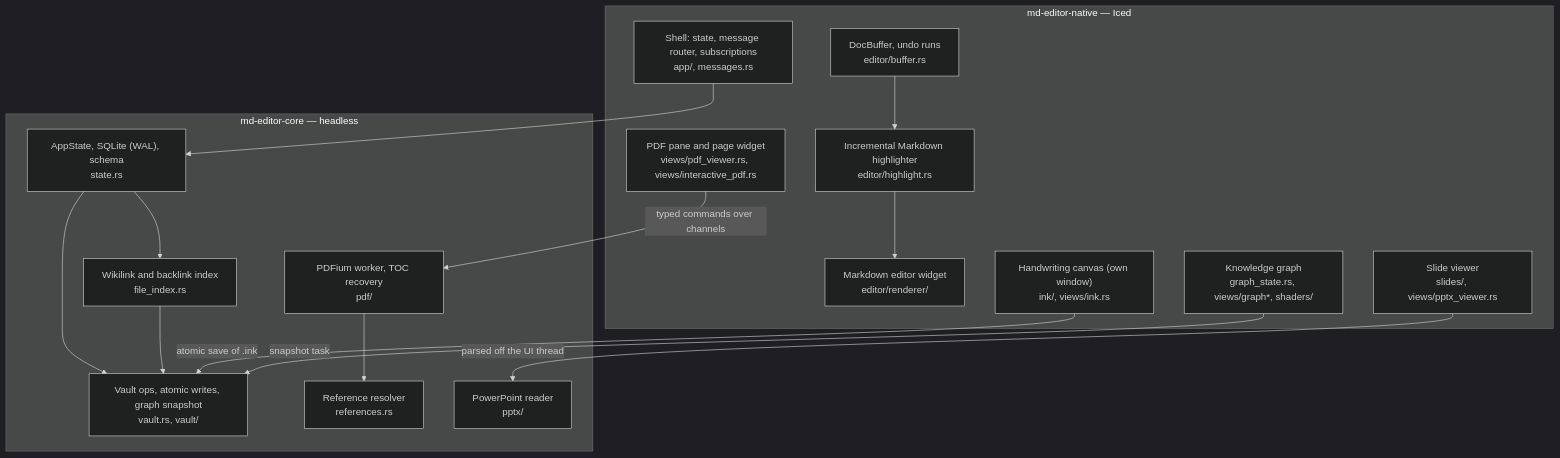
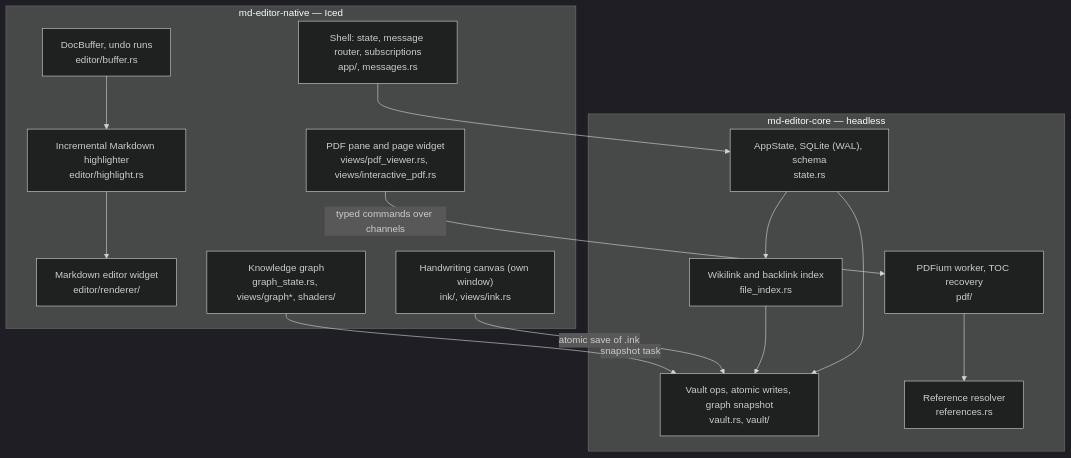
The diagram in wiki/Home.md (Suranjan77/md-editor), drawn with Mermaid (dark theme) before and after one commit. The commit also changed other lines of this file and 137 other files, not shown here.

````diff
--- a/wiki/Home.md
+++ b/wiki/Home.md
@@ -40,33 +39,30 @@
 ```mermaid
 graph TB
     subgraph UI ["md-editor-native — Iced"]
         App["Shell: state, message router, subscriptions<br/>app/, messages.rs"]
         Widget["Markdown editor widget<br/>editor/renderer/"]
         DocBuf["DocBuffer, undo runs<br/>editor/buffer.rs"]
         Highlighter["Incremental Markdown highlighter<br/>editor/highlight.rs"]
         PDFView["PDF pane and page widget<br/>views/pdf_viewer.rs, views/interactive_pdf.rs"]
-        SlideView["Slide viewer<br/>slides/, views/pptx_viewer.rs"]
         GraphView["Knowledge graph<br/>graph_state.rs, views/graph*, shaders/"]
         Ink["Handwriting canvas (own window)<br/>ink/, views/ink.rs"]
     end
 
     subgraph Core ["md-editor-core — headless"]
         AppState["AppState, SQLite (WAL), schema<br/>state.rs"]
         Vault["Vault ops, atomic writes, graph snapshot<br/>vault.rs, vault/"]
         Index["Wikilink and backlink index<br/>file_index.rs"]
         PDFWorker["PDFium worker, TOC recovery<br/>pdf/"]
         RefScanner["Reference resolver<br/>references.rs"]
-        PptxParser["PowerPoint reader<br/>pptx/"]
     end
 
     App --> AppState
     DocBuf --> Highlighter --> Widget
     PDFView -->|"typed commands over channels"| PDFWorker
     PDFWorker --> RefScanner
-    SlideView -->|"parsed off the UI thread"| PptxParser
     GraphView -->|"snapshot task"| Vault
     Ink -->|"atomic save of .ink"| Vault
     Index --> Vault
     AppState --> Vault
     AppState --> Index
 ```
````
